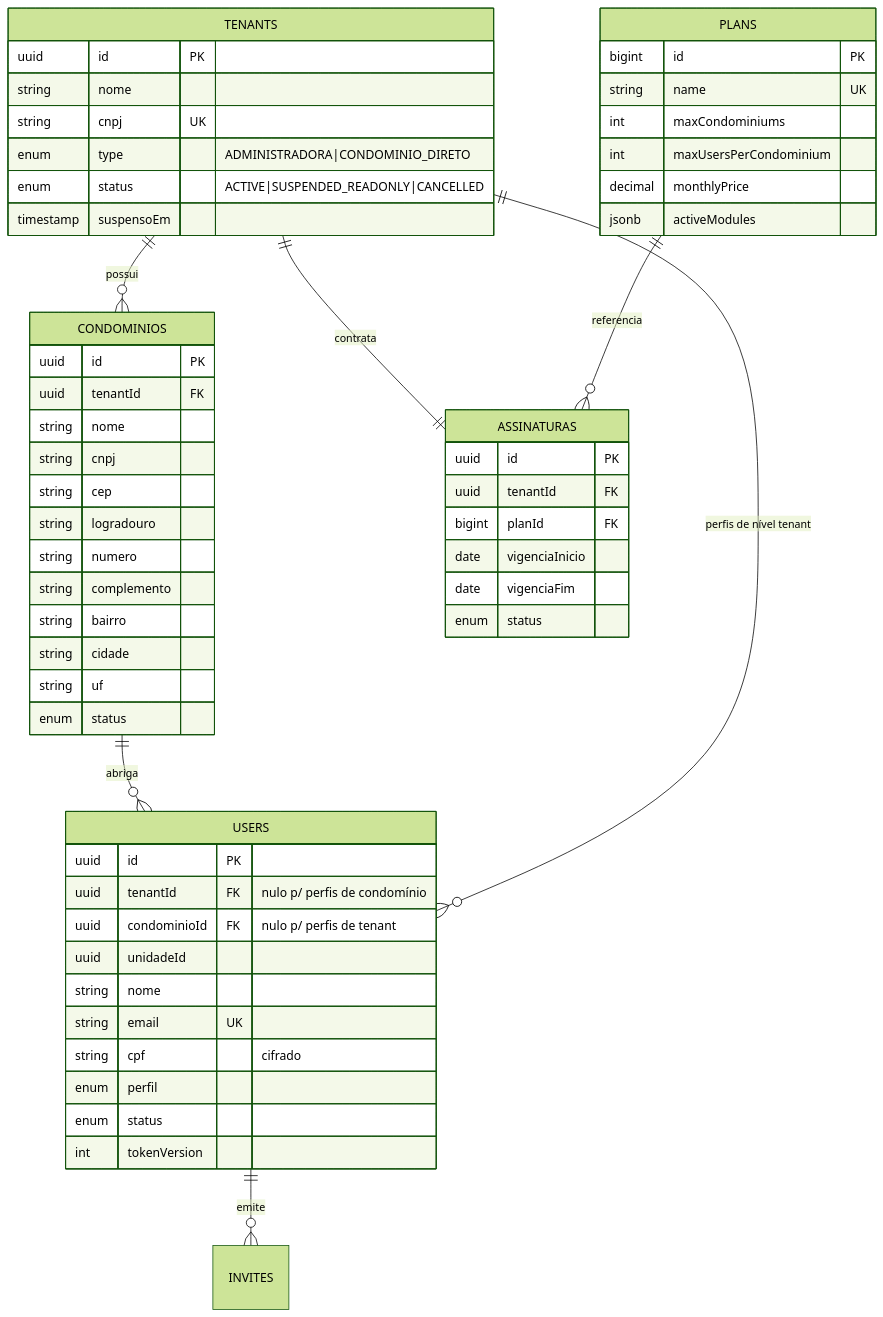
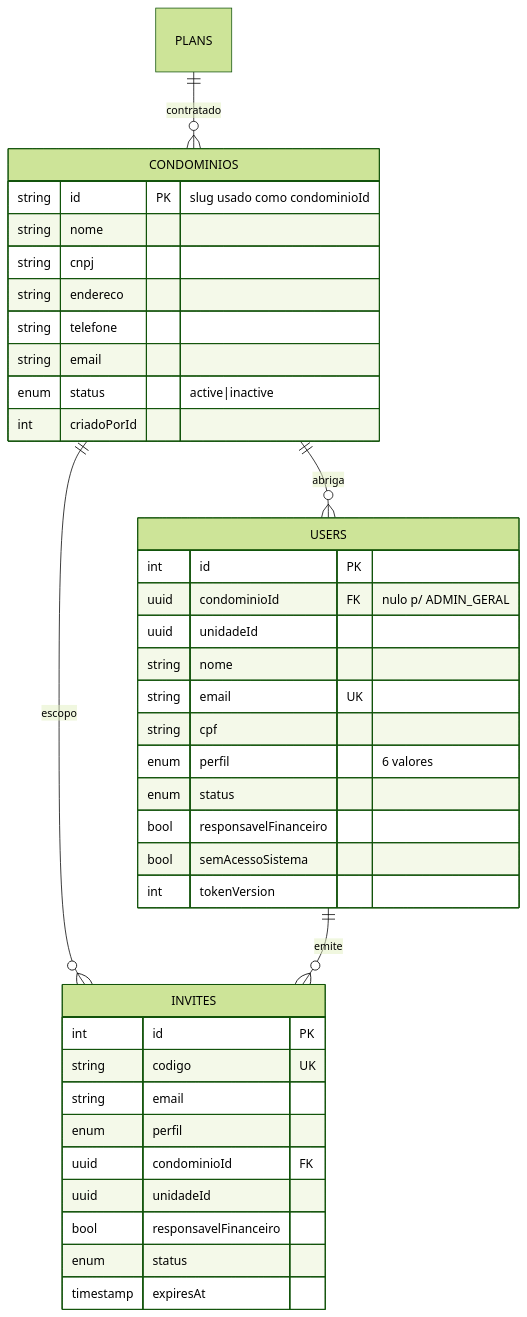
One commit to JuanServelo/Mora-Backend changed the fifth of 5 diagrams in docs/ESPECIFICACAO-PROJETO.md. Above: the diagram before and after it, drawn with Mermaid (forest theme). The commit also changed other lines of this file and 15 other files, not shown here.

````diff
--- a/docs/ESPECIFICACAO-PROJETO.md
+++ b/docs/ESPECIFICACAO-PROJETO.md
@@ -477,60 +375,42 @@
 ```mermaid
 erDiagram
-    TENANTS ||--o{ CONDOMINIOS : possui
-    TENANTS ||--|| ASSINATURAS : contrata
-    PLANS ||--o{ ASSINATURAS : referencia
     CONDOMINIOS ||--o{ USERS : abriga
-    TENANTS ||--o{ USERS : "perfis de nível tenant"
+    CONDOMINIOS ||--o{ INVITES : escopo
     USERS ||--o{ INVITES : emite
+    PLANS ||--o{ CONDOMINIOS : contratado
 
-    TENANTS {
-        uuid id PK
-        string nome
-        string cnpj UK
-        enum type "ADMINISTRADORA|CONDOMINIO_DIRETO"
-        enum status "ACTIVE|SUSPENDED_READONLY|CANCELLED"
-        timestamp suspensoEm
-    }
     CONDOMINIOS {
-        uuid id PK
-        uuid tenantId FK
+        string id PK "slug usado como condominioId"
         string nome
         string cnpj
-        string cep
-        string logradouro
-        string numero
-        string complemento
-        string bairro
-        string cidade
-        string uf
-        enum status
-    }
-    ASSINATURAS {
-        uuid id PK
-        uuid tenantId FK
-        bigint planId FK
-        date vigenciaInicio
-        date vigenciaFim
-        enum status
-    }
-    PLANS {
-        bigint id PK
-        string name UK
-        int maxCondominiums
-        int maxUsersPerCondominium
-        decimal monthlyPrice
-        jsonb activeModules
+        string endereco
+        string telefone
+        string email
+        enum status "active|inactive"
+        int criadoPorId
     }
     USERS {
-        uuid id PK
-        uuid tenantId FK "nulo p/ perfis de condomínio"
-        uuid condominioId FK "nulo p/ perfis de tenant"
+        int id PK
+        uuid condominioId FK "nulo p/ ADMIN_GERAL"
         uuid unidadeId
         string nome
         string email UK
-        string cpf "cifrado"
-        enum perfil
+        string cpf
+        enum perfil "6 valores"
         enum status
+        bool responsavelFinanceiro
+        bool semAcessoSistema
         int tokenVersion
     }
+    INVITES {
+        int id PK
+        string codigo UK
+        string email
+        enum perfil
+        uuid condominioId FK
+        uuid unidadeId
+        bool responsavelFinanceiro
+        enum status
+        timestamp expiresAt
+    }
 ```
````
